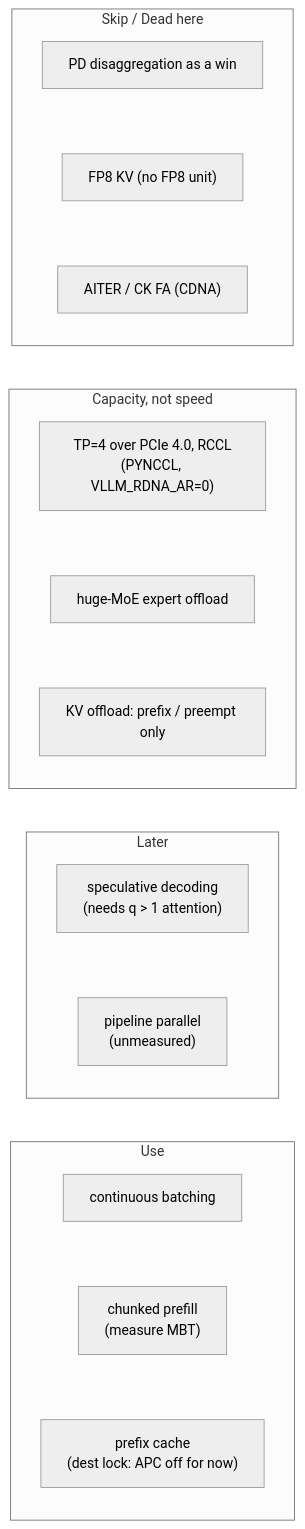
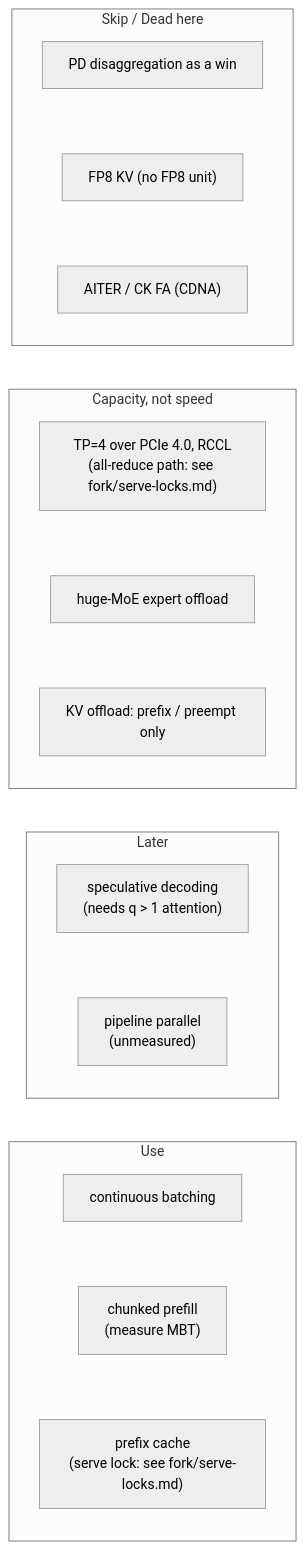
Before and after one commit to BlivionIaG/rdna-hip-wiki: the diagram in engine/overview/full-map.md, drawn with Mermaid (neutral theme). The commit also changed other lines of this file and 33 other files, not shown here.

Commit message:
engine/: PR #9 review fixes — historical branch names, serve locks → fork/serve-locks.md, ROCm/DRM gates, RDNA_ATTN opt-in, occupancy state, rdna_ar, tooling-wiki pointer

````diff
--- a/engine/overview/full-map.md
+++ b/engine/overview/full-map.md
@@ -21,19 +21,19 @@
 ```mermaid
 flowchart LR
   subgraph USE["Use"]
     direction TB
-    cb["continuous batching"] ~~~ cp["chunked prefill<br/>(measure MBT)"] ~~~ pc["prefix cache<br/>(dest lock: APC off for now)"]
+    cb["continuous batching"] ~~~ cp["chunked prefill<br/>(measure MBT)"] ~~~ pc["prefix cache<br/>(serve lock: see fork/serve-locks.md)"]
   end
   subgraph LATER["Later"]
     direction TB
     sd["speculative decoding<br/>(needs q > 1 attention)"] ~~~ pp["pipeline parallel<br/>(unmeasured)"]
   end
   subgraph CAP["Capacity, not speed"]
     direction TB
-    tp["TP=4 over PCIe 4.0, RCCL<br/>(PYNCCL, VLLM_RDNA_AR=0)"] ~~~ moe["huge-MoE expert offload"] ~~~ kvo["KV offload: prefix / preempt only"]
+    tp["TP=4 over PCIe 4.0, RCCL<br/>(all-reduce path: see fork/serve-locks.md)"] ~~~ moe["huge-MoE expert offload"] ~~~ kvo["KV offload: prefix / preempt only"]
   end
   subgraph SKIP["Skip / Dead here"]
     direction TB
     pd["PD disaggregation as a win"] ~~~ fp8["FP8 KV (no FP8 unit)"] ~~~ aiter["AITER / CK FA (CDNA)"]
   end
 ```
````
